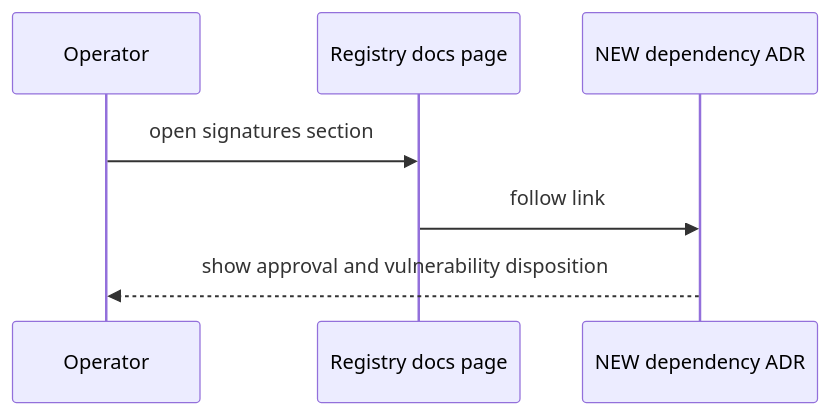
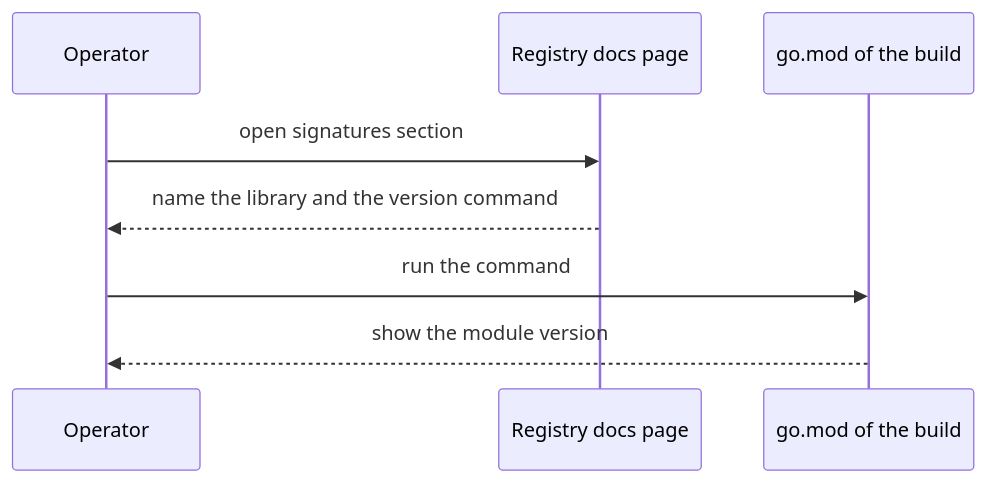
The first of 2 diagrams in openspec/changes/record-openpgp-dependency-registry-in/design.md (OpenDustpan/OpenDustpan), drawn with Mermaid before and after one commit. The commit also changed other lines of this file and 3 other files, not shown here.

````diff
--- a/openspec/changes/record-openpgp-dependency-registry-in/design.md
+++ b/openspec/changes/record-openpgp-dependency-registry-in/design.md
@@ -22,9 +22,10 @@
 ```mermaid
 sequenceDiagram
  participant Operator
  participant Docs as Registry docs page
- participant ADR as NEW dependency ADR
+ participant Build as go.mod of the build
  Operator->>Docs: open signatures section
- Docs->>ADR: follow link
- ADR-->>Operator: show approval and vulnerability disposition
+ Docs-->>Operator: name the library and the version command
+ Operator->>Build: run the command
+ Build-->>Operator: show the module version
 ```
````
